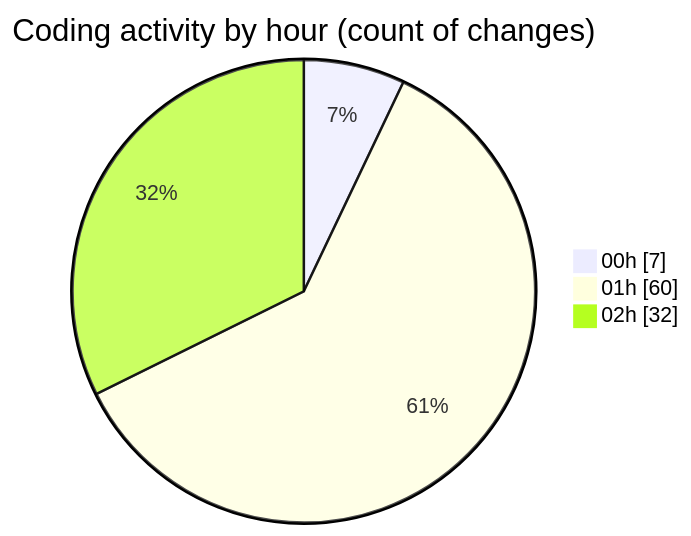
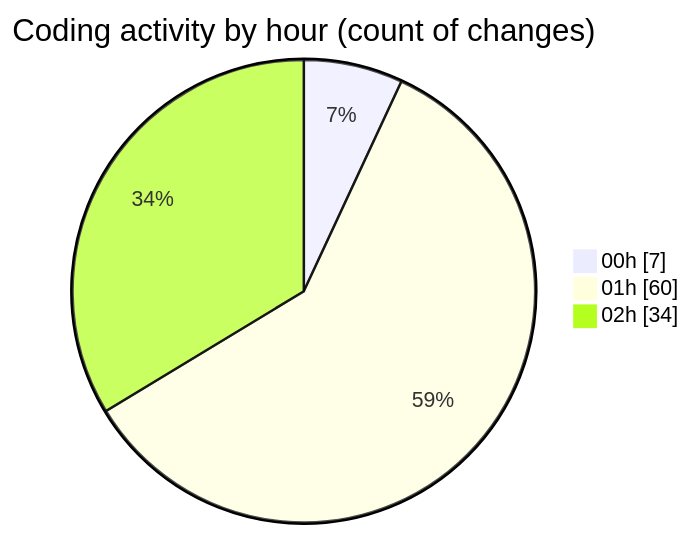
One commit to julien-gomy/code-tracking changed the second of 2 diagrams in 2025-10-07/eventscop-frontend-guide__workspace_/README.md. Above: the diagram before and after it, drawn with Mermaid. The commit also changed other lines of this file and 1 other file, not shown here.

````diff
--- a/2025-10-07/eventscop-frontend-guide__workspace_/README.md
+++ b/2025-10-07/eventscop-frontend-guide__workspace_/README.md
@@ -80,7 +80,7 @@
 ```mermaid
 pie showData
 title Coding activity by hour (count of changes)
 "00h" : 7
 "01h" : 60
-"02h" : 32
+"02h" : 34
 ```
````
